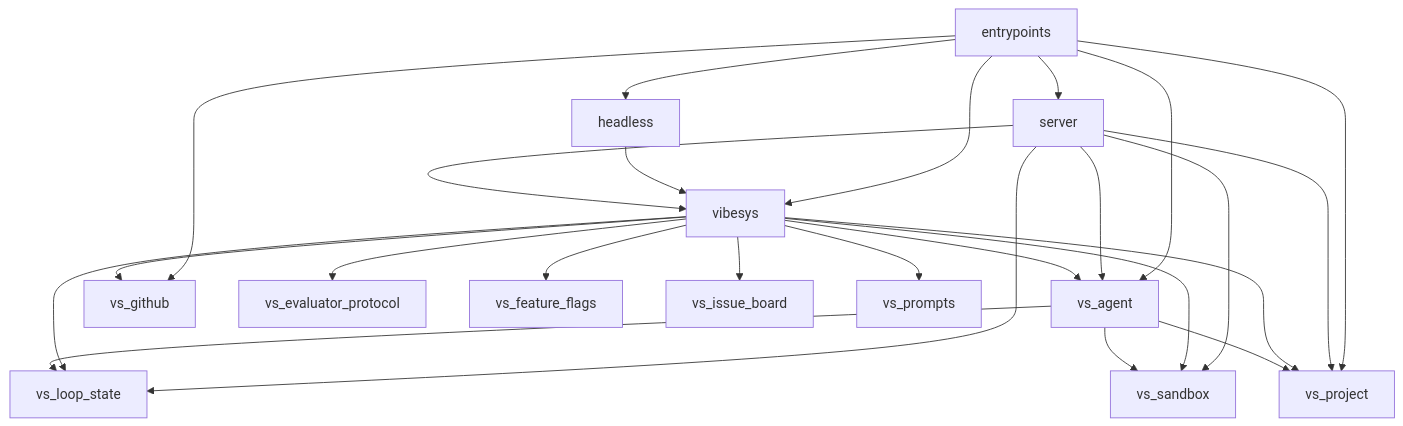
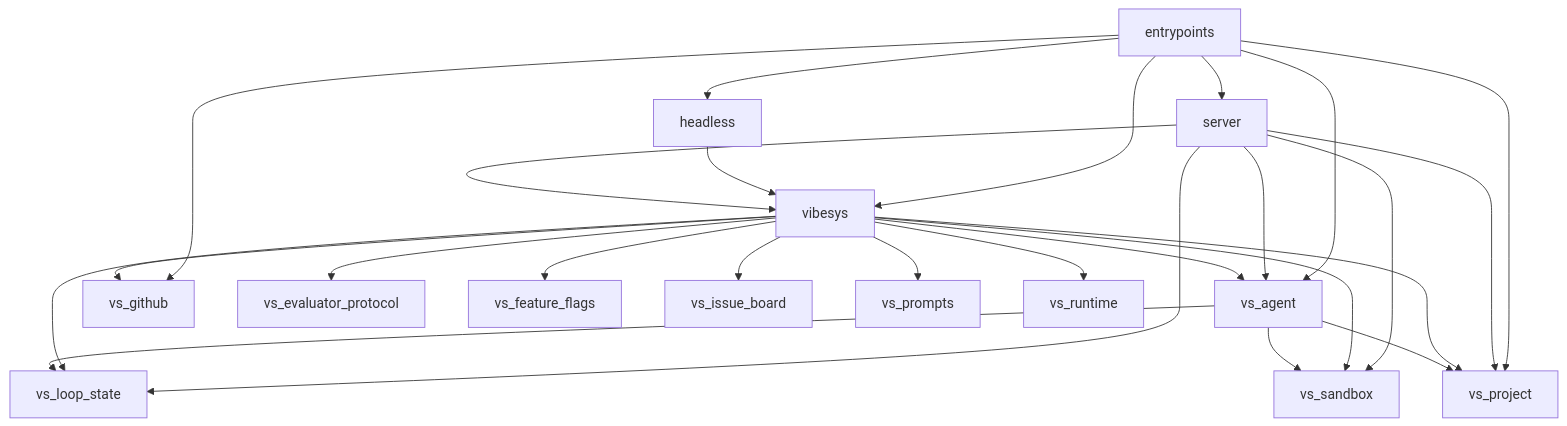
Before and after one commit to uw-syfi/vibesys: the first of 3 diagrams in docs/contributing/architecture.md, drawn with Mermaid. The commit also changed other lines of this file and 17 other files, not shown here.

````diff
--- a/docs/contributing/architecture.md
+++ b/docs/contributing/architecture.md
@@ -38,27 +38,28 @@
 ```mermaid
 graph TD
     entrypoints --> headless
     entrypoints --> server
     entrypoints --> vibesys
     entrypoints --> vs_agent
     entrypoints --> vs_github
     entrypoints --> vs_project
     headless --> vibesys
     server --> vibesys
     server --> vs_agent
     server --> vs_loop_state
     server --> vs_project
     server --> vs_sandbox
     vibesys --> vs_agent
     vibesys --> vs_evaluator_protocol
     vibesys --> vs_feature_flags
     vibesys --> vs_github
     vibesys --> vs_issue_board
     vibesys --> vs_loop_state
     vibesys --> vs_project
     vibesys --> vs_prompts
+    vibesys --> vs_runtime
     vibesys --> vs_sandbox
     vs_agent --> vs_loop_state
     vs_agent --> vs_project
     vs_agent --> vs_sandbox
 ```
````
